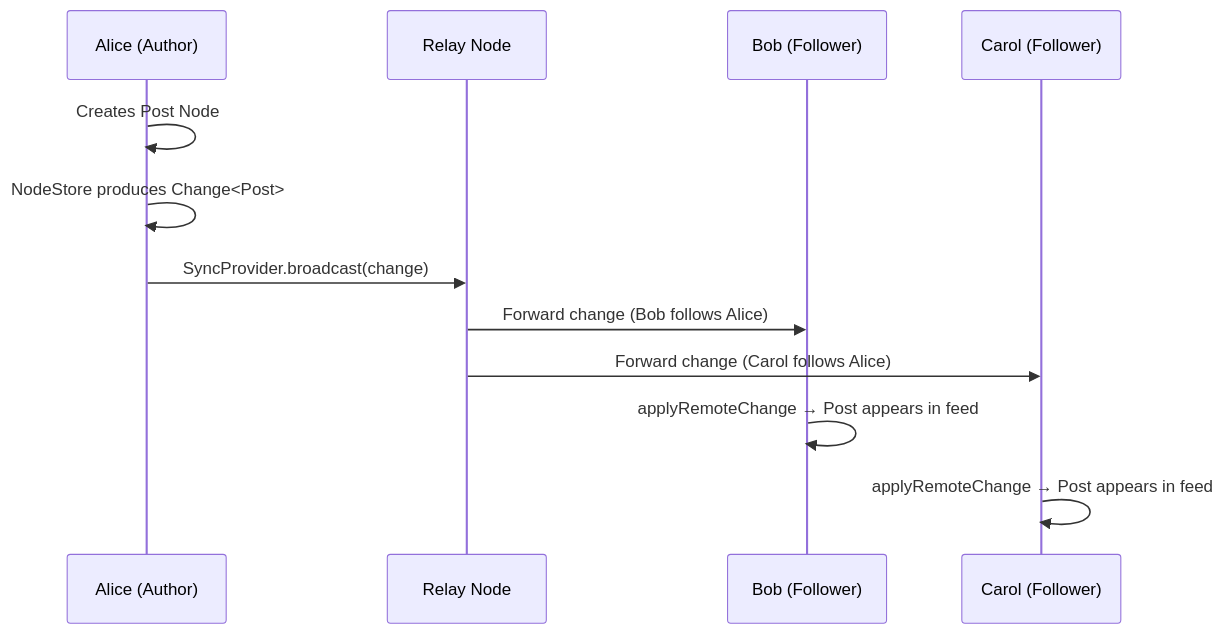
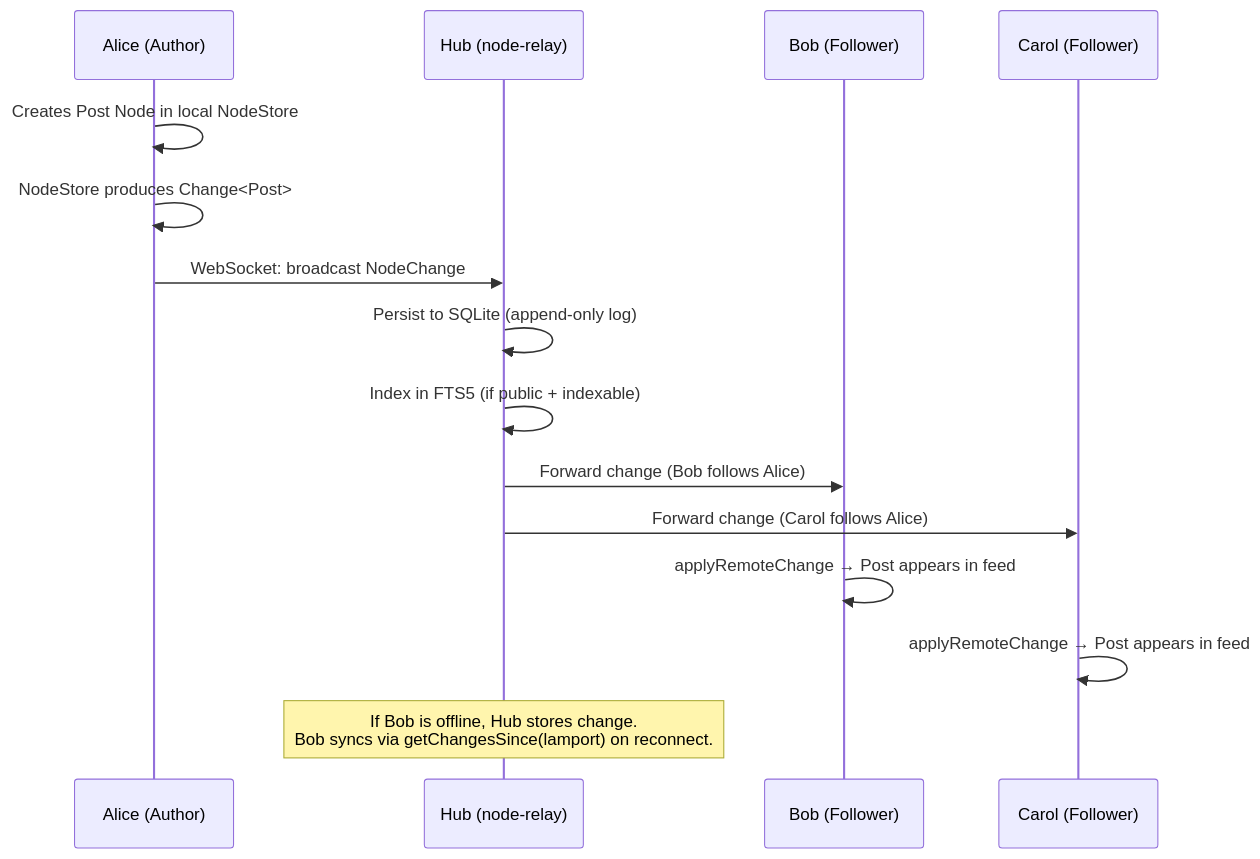
One commit to crs48/xNet changed the fourth of 11 diagrams in docs/explorations/MASTODON_SOCIAL_NETWORKING.md. Above: the diagram before and after it, drawn with Mermaid. The commit also changed other lines of this file, not shown here.

Commit message:
docs(explorations): integrate Hub infrastructure into social networking exploration

````diff
--- a/docs/explorations/MASTODON_SOCIAL_NETWORKING.md
+++ b/docs/explorations/MASTODON_SOCIAL_NETWORKING.md
@@ -234,15 +299,19 @@
 ```mermaid
 sequenceDiagram
     participant Alice as Alice (Author)
-    participant Relay as Relay Node
+    participant Hub as Hub (node-relay)
     participant Bob as Bob (Follower)
     participant Carol as Carol (Follower)
 
-    Alice->>Alice: Creates Post Node
+    Alice->>Alice: Creates Post Node in local NodeStore
     Alice->>Alice: NodeStore produces Change<Post>
-    Alice->>Relay: SyncProvider.broadcast(change)
-    Relay->>Bob: Forward change (Bob follows Alice)
-    Relay->>Carol: Forward change (Carol follows Alice)
+    Alice->>Hub: WebSocket: broadcast NodeChange
+    Hub->>Hub: Persist to SQLite (append-only log)
+    Hub->>Hub: Index in FTS5 (if public + indexable)
+    Hub->>Bob: Forward change (Bob follows Alice)
+    Hub->>Carol: Forward change (Carol follows Alice)
     Bob->>Bob: applyRemoteChange → Post appears in feed
     Carol->>Carol: applyRemoteChange → Post appears in feed
+
+    Note over Hub: If Bob is offline, Hub stores change.<br/>Bob syncs via getChangesSince(lamport) on reconnect.
 ```
````
